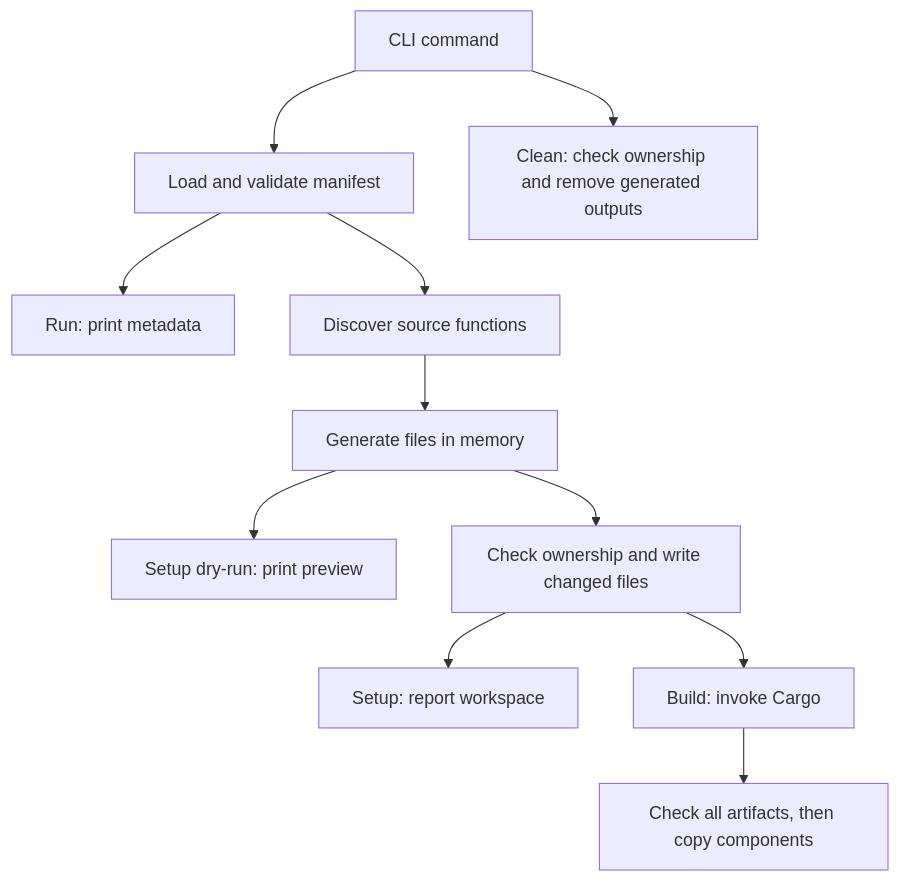
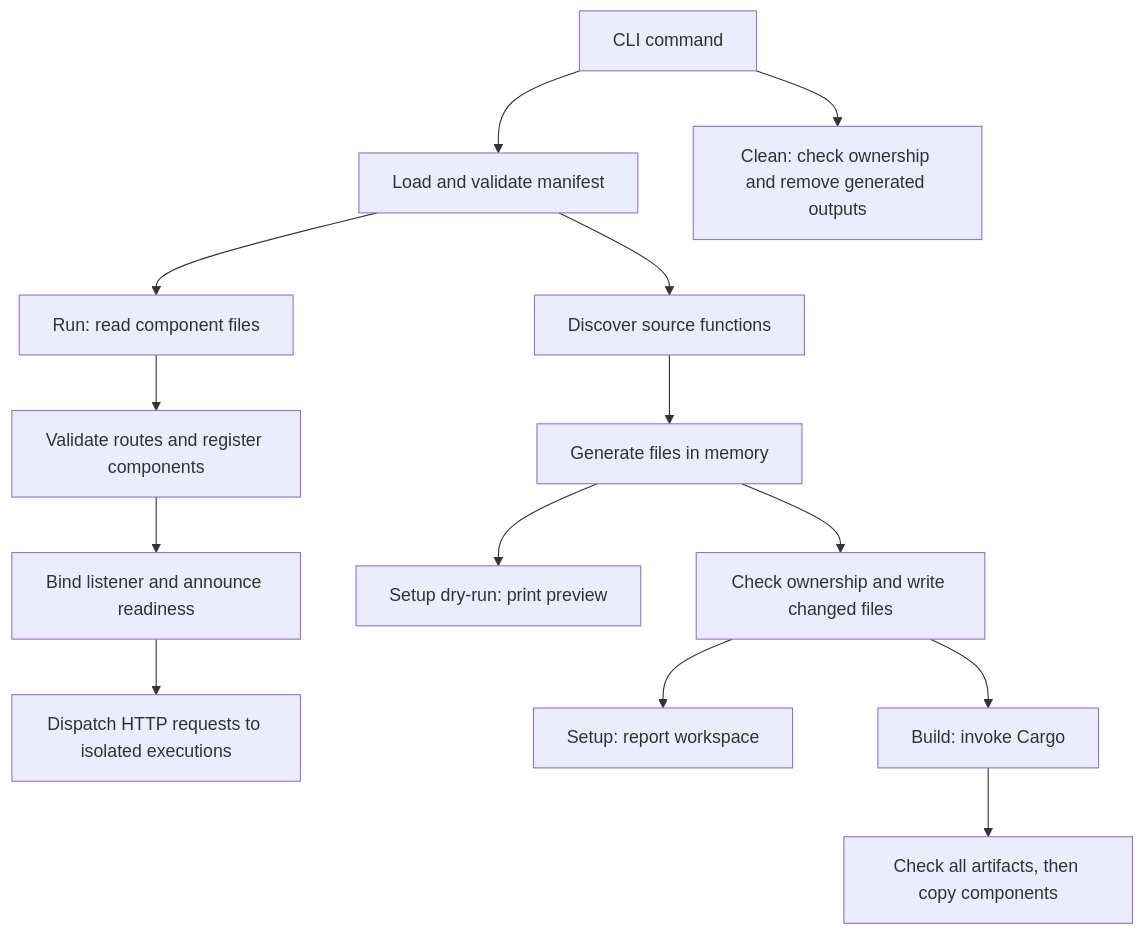
The diagram in ARCHITECTURE.md (benjamin-wright/wasm-runner), drawn with Mermaid before and after one commit. The commit also changed other lines of this file and 25 other files, not shown here.

````diff
--- a/ARCHITECTURE.md
+++ b/ARCHITECTURE.md
@@ -29,13 +35,16 @@
 ```mermaid
 flowchart TD
     CLI[CLI command] --> Load[Load and validate manifest]
-    Load --> Run[Run: print metadata]
+    Load --> Read[Run: read component files]
+    Read --> Prepare[Validate routes and register components]
+    Prepare --> Bind[Bind listener and announce readiness]
+    Bind --> Serve[Dispatch HTTP requests to isolated executions]
     Load --> Discover[Discover source functions]
     Discover --> Generate[Generate files in memory]
     Generate --> Preview[Setup dry-run: print preview]
     Generate --> Write[Check ownership and write changed files]
     Write --> Setup[Setup: report workspace]
     Write --> Cargo[Build: invoke Cargo]
     Cargo --> Publish[Check all artifacts, then copy components]
     CLI --> Clean[Clean: check ownership and remove generated outputs]
 ```
````
